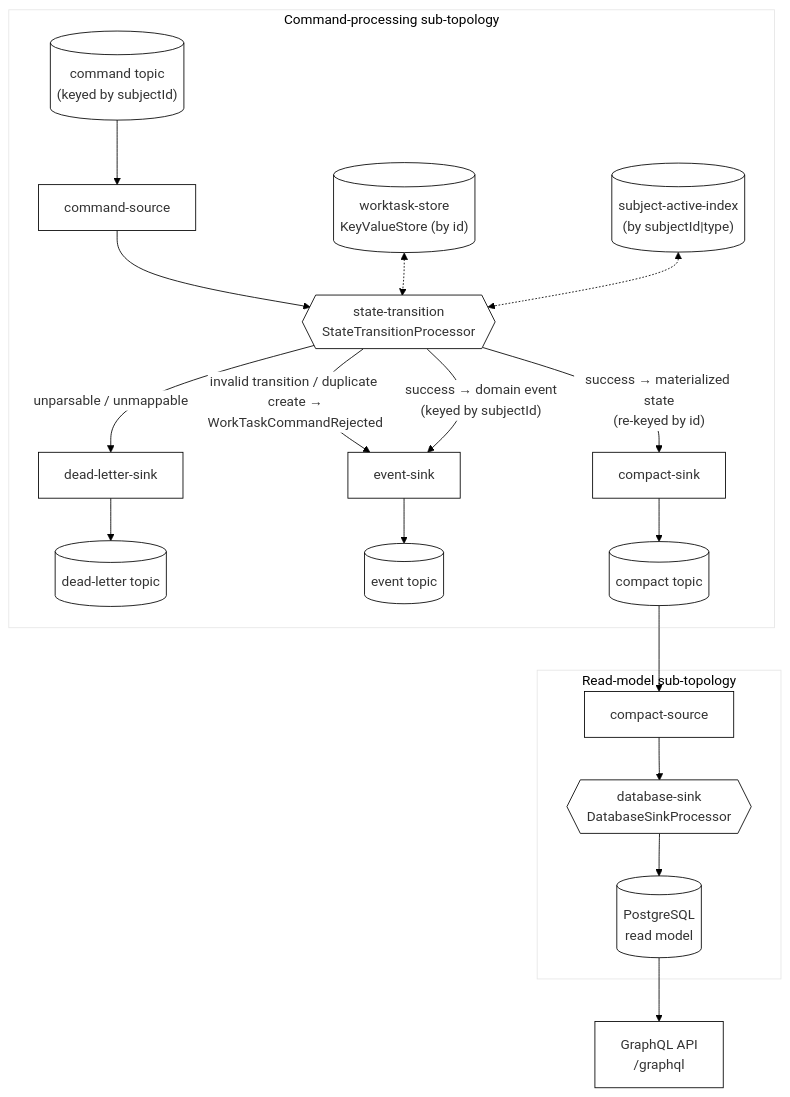
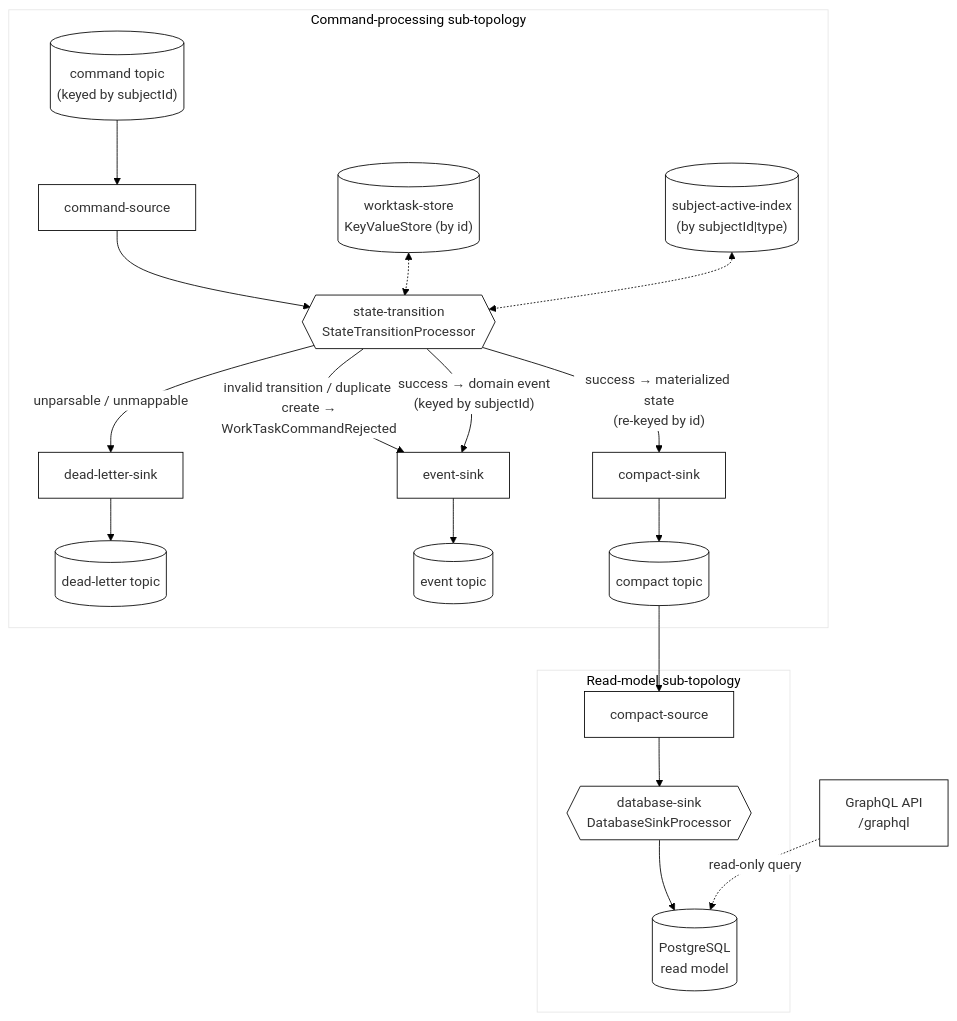
The diagram in README.md (LMJohansson/worktask-service), drawn with Mermaid before and after one commit. The commit also changed other lines of this file and 5 other files, not shown here.

First line of the commit message:
Add KSTD-styled Kafka Streams topology diagram; embed in README

````diff
--- a/README.md
+++ b/README.md
@@ -90,37 +99,37 @@
 ```mermaid
 %%{
   init: {
     'theme': 'base',
     'themeVariables': {
       'fontFamily': 'Comic Sans MS, Comic Sans, cursive',
       'background': '#ffffff',
       'primaryColor': '#ffffff',
       'primaryBorderColor': '#000000',
       'lineColor': '#000000',
       'tertiaryColor': '#ffffff'
     }
   }
 }%%
 flowchart TD
     subgraph cmd["Command-processing sub-topology"]
         cmdTopic[("command topic<br/>(keyed by subjectId)")] --> cmdSource["command-source"]
         cmdSource --> stp{{"state-transition<br/>StateTransitionProcessor"}}
         store[("worktask-store<br/>KeyValueStore (by id)")] <-.-> stp
         index[("subject-active-index<br/>(by subjectId|type)")] <-.-> stp
         stp -- "unparsable / unmappable" --> dltSink["dead-letter-sink"]
         stp -- "invalid transition / duplicate create →<br/>WorkTaskCommandRejected" --> eventSink["event-sink"]
         stp -- "success → domain event<br/>(keyed by subjectId)" --> eventSink
         stp -- "success → materialized state<br/>(re-keyed by id)" --> compactSink["compact-sink"]
         dltSink --> dltTopic[("dead-letter topic")]
         eventSink --> eventTopic[("event topic")]
         compactSink --> compactTopic[("compact topic")]
     end
 
     subgraph read["Read-model sub-topology"]
         compactTopic --> compactSource["compact-source"]
         compactSource --> dbSink{{"database-sink<br/>DatabaseSinkProcessor"}}
         dbSink --> pg[("PostgreSQL<br/>read model")]
     end
 
-    pg --> gql["GraphQL API<br/>/graphql"]
+    gql["GraphQL API<br/>/graphql"] -. "read-only query" .-> pg
 ```
````
